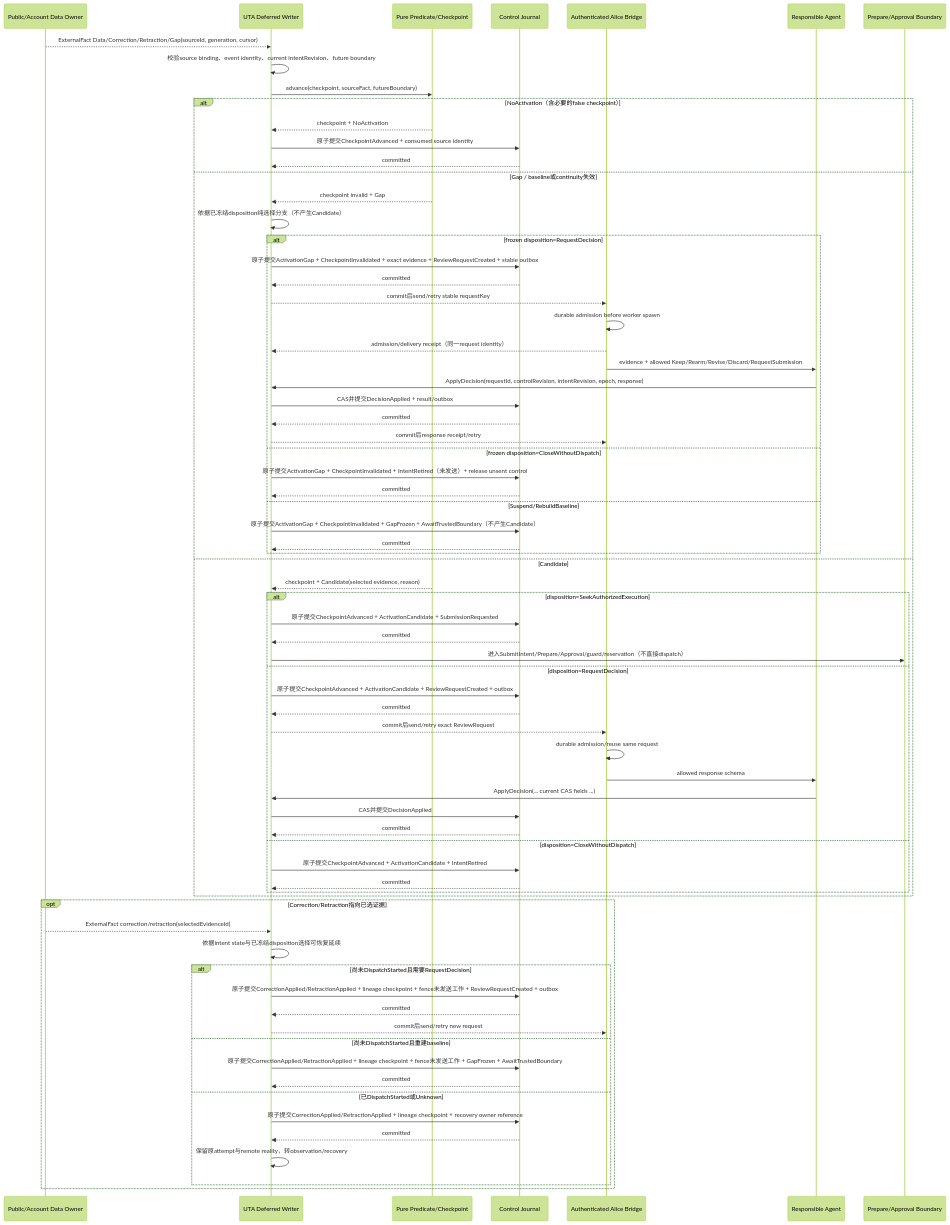
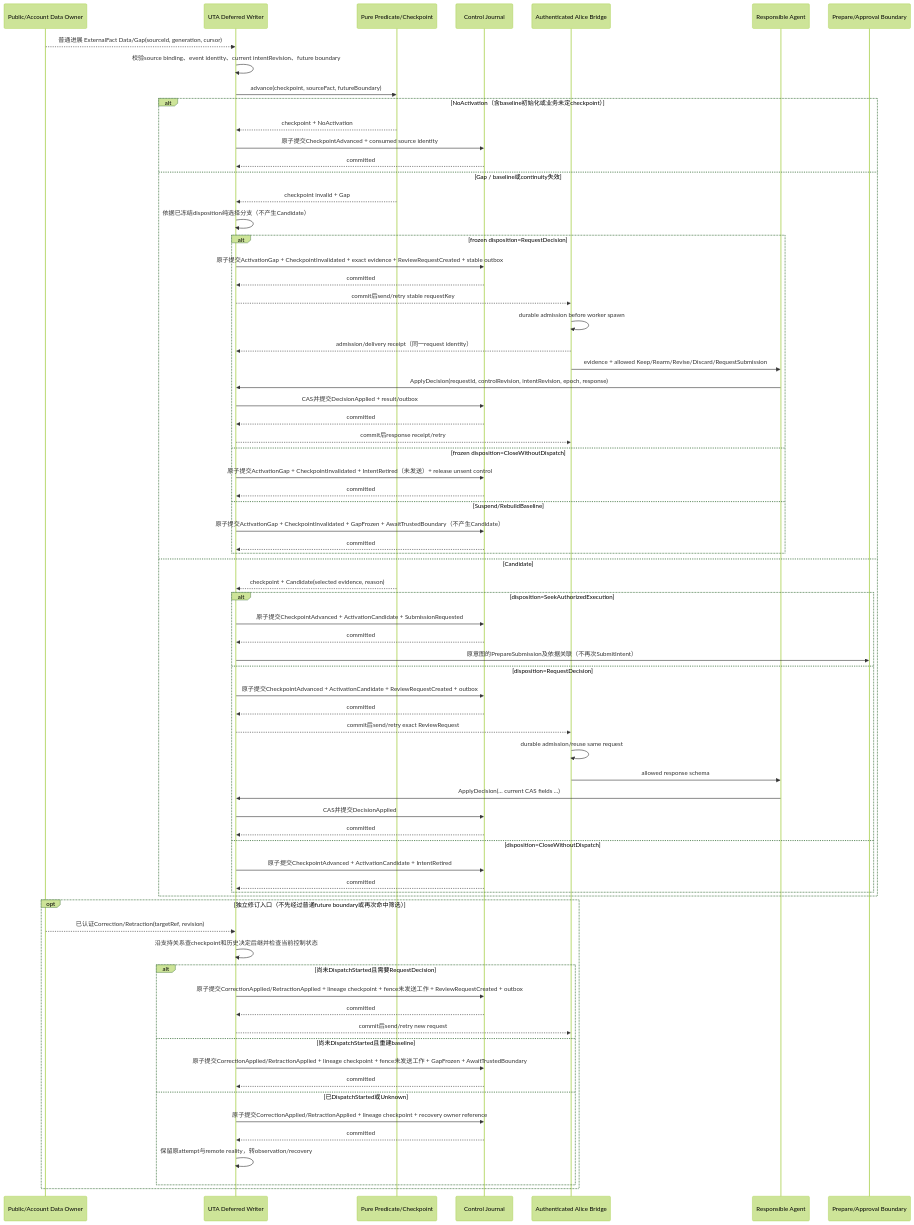
One commit to mouriya-s-lab/OpenAlice changed diagram 11 of 15 in docs/uta-capability-runtime-design/event-flows.md. Above: the diagram before and after it, drawn with Mermaid (forest theme). The commit also changed other lines of this file and 10 other files, not shown here.

````diff
--- a/docs/uta-capability-runtime-design/event-flows.md
+++ b/docs/uta-capability-runtime-design/event-flows.md
@@ -1167,75 +1209,75 @@
 ```mermaid
 sequenceDiagram
   participant Source as Public/Account Data Owner
   participant Writer as UTA Deferred Writer
   participant Predicate as Pure Predicate/Checkpoint
   participant Store as Control Journal
   participant Alice as Authenticated Alice Bridge
   participant Agent as Responsible Agent
   participant EF06 as Prepare/Approval Boundary
 
-  Source-->>Writer: ExternalFact Data/Correction/Retraction/Gap(sourceId, generation, cursor)
+  Source-->>Writer: 普通进展 ExternalFact Data/Gap(sourceId, generation, cursor)
   Writer->>Writer: 校验source binding、event identity、current intentRevision、future boundary
   Writer->>Predicate: advance(checkpoint, sourceFact, futureBoundary)
-  alt NoActivation（含必要的false checkpoint）
+  alt NoActivation（含baseline初始化或业务未定checkpoint）
     Predicate-->>Writer: checkpoint + NoActivation
     Writer->>Store: 原子提交CheckpointAdvanced + consumed source identity
     Store-->>Writer: committed
   else Gap / baseline或continuity失效
     Predicate-->>Writer: checkpoint invalid + Gap
     Writer->>Writer: 依据已冻结disposition纯选择分支（不产生Candidate）
     alt frozen disposition=RequestDecision
       Writer->>Store: 原子提交ActivationGap + CheckpointInvalidated + exact evidence + ReviewRequestCreated + stable outbox
       Store-->>Writer: committed
       Writer-->>Alice: commit后send/retry stable requestKey
       Alice->>Alice: durable admission before worker spawn
       Alice-->>Writer: admission/delivery receipt（同一request identity）
       Alice->>Agent: evidence + allowed Keep/Rearm/Revise/Discard/RequestSubmission
       Agent->>Writer: ApplyDecision(requestId, controlRevision, intentRevision, epoch, response)
       Writer->>Store: CAS并提交DecisionApplied + result/outbox
       Store-->>Writer: committed
       Writer-->>Alice: commit后response receipt/retry
     else frozen disposition=CloseWithoutDispatch
       Writer->>Store: 原子提交ActivationGap + CheckpointInvalidated + IntentRetired（未发送）+ release unsent control
       Store-->>Writer: committed
     else Suspend/RebuildBaseline
       Writer->>Store: 原子提交ActivationGap + CheckpointInvalidated + GapFrozen + AwaitTrustedBoundary（不产生Candidate）
       Store-->>Writer: committed
     end
   else Candidate
     Predicate-->>Writer: checkpoint + Candidate(selected evidence, reason)
     alt disposition=SeekAuthorizedExecution
       Writer->>Store: 原子提交CheckpointAdvanced + ActivationCandidate + SubmissionRequested
       Store-->>Writer: committed
-      Writer->>EF06: 进入SubmitIntent/Prepare/Approval/guard/reservation（不直接dispatch）
+      Writer->>EF06: 原意图的PrepareSubmission及依据关联（不再次SubmitIntent）
     else disposition=RequestDecision
       Writer->>Store: 原子提交CheckpointAdvanced + ActivationCandidate + ReviewRequestCreated + outbox
       Store-->>Writer: committed
       Writer-->>Alice: commit后send/retry exact ReviewRequest
       Alice->>Alice: durable admission/reuse same request
       Alice->>Agent: allowed response schema
       Agent->>Writer: ApplyDecision(... current CAS fields ...)
       Writer->>Store: CAS并提交DecisionApplied
       Store-->>Writer: committed
     else disposition=CloseWithoutDispatch
       Writer->>Store: 原子提交CheckpointAdvanced + ActivationCandidate + IntentRetired
       Store-->>Writer: committed
     end
   end
-  opt Correction/Retraction指向已选证据
-    Source-->>Writer: ExternalFact correction/retraction(selectedEvidenceId)
-    Writer->>Writer: 依据intent state与已冻结disposition选择可恢复延续
+  opt 独立修订入口（不先经过普通future boundary或再次命中筛选）
+    Source-->>Writer: 已认证Correction/Retraction(targetRef, revision)
+    Writer->>Writer: 沿支持关系查checkpoint和历史决定后继并检查当前控制状态
     alt 尚未DispatchStarted且需要RequestDecision
       Writer->>Store: 原子提交CorrectionApplied/RetractionApplied + lineage checkpoint + fence未发送工作 + ReviewRequestCreated + outbox
       Store-->>Writer: committed
       Writer-->>Alice: commit后send/retry new request
     else 尚未DispatchStarted且重建baseline
       Writer->>Store: 原子提交CorrectionApplied/RetractionApplied + lineage checkpoint + fence未发送工作 + GapFrozen + AwaitTrustedBoundary
       Store-->>Writer: committed
     else 已DispatchStarted或Unknown
       Writer->>Store: 原子提交CorrectionApplied/RetractionApplied + lineage checkpoint + recovery owner reference
       Store-->>Writer: committed
       Writer->>Writer: 保留原attempt与remote reality，转observation/recovery
     end
   end
 ```
````
